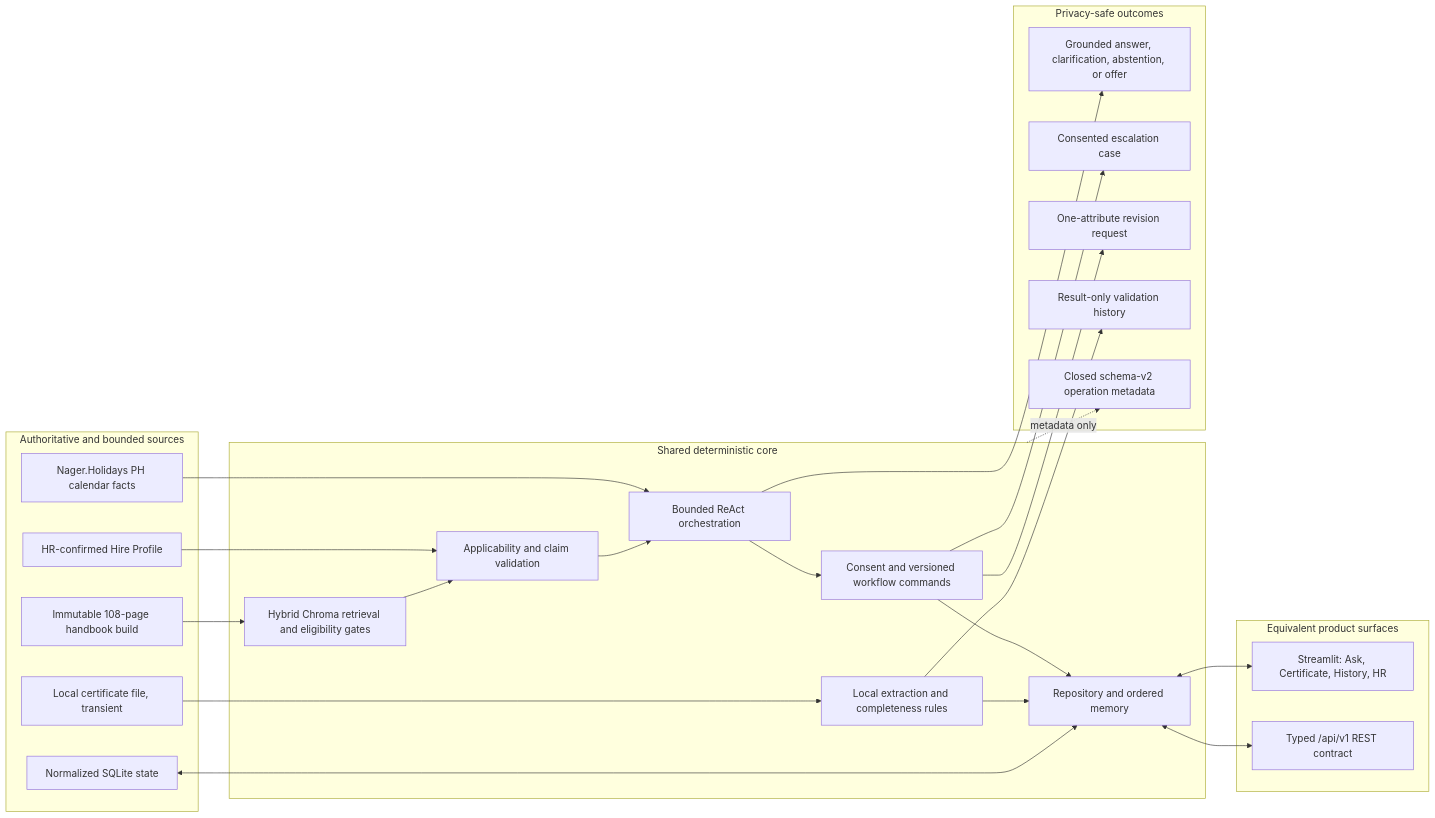
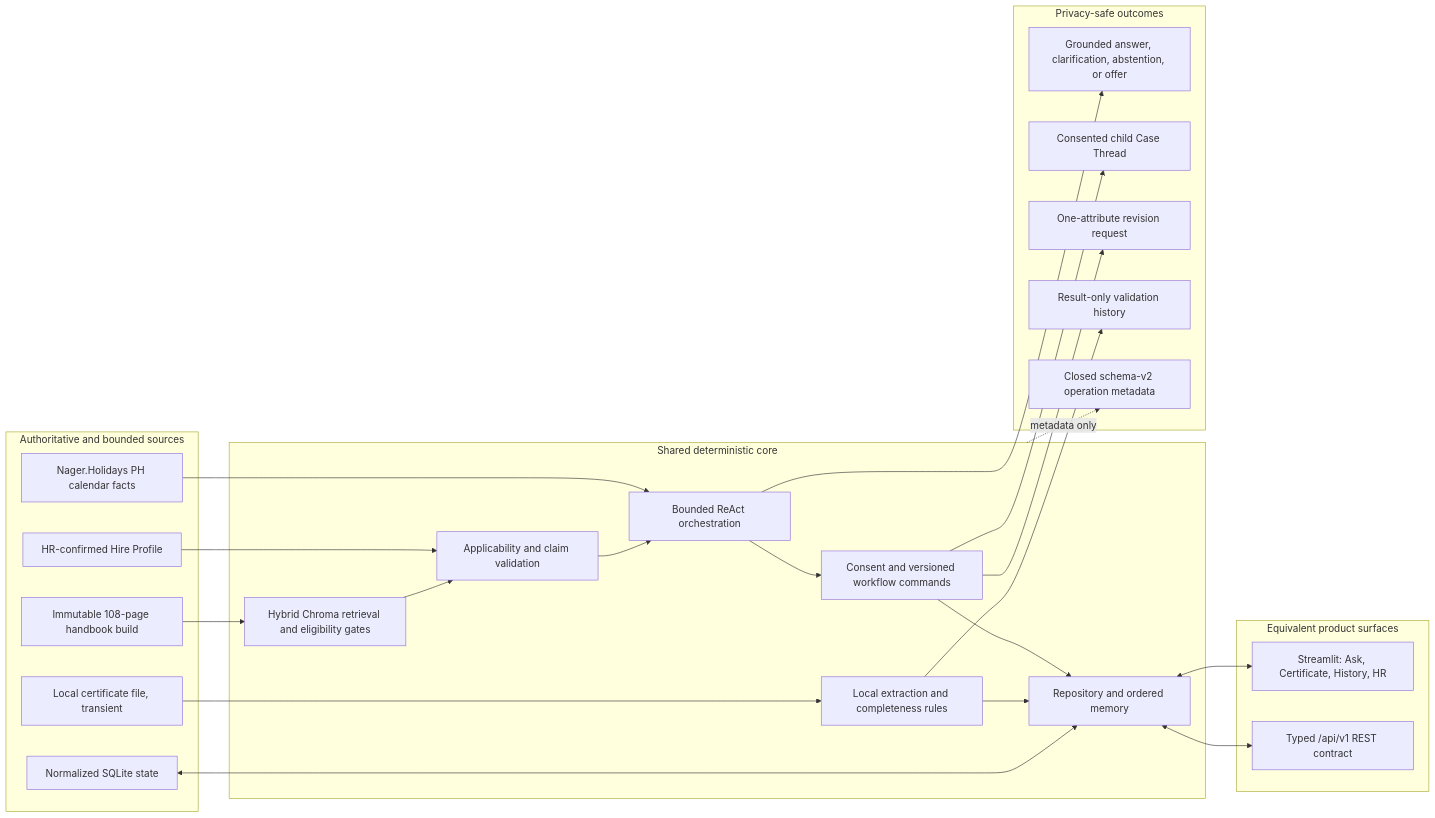
The first of 5 diagrams in docs/ARCHITECTURE_DIAGRAMS.md (Mateogas/STAI), drawn with Mermaid before and after one commit. The commit also changed other lines of this file and 28 other files, not shown here.

Commit message:
feat: add consented HR case threads

````diff
--- a/docs/ARCHITECTURE_DIAGRAMS.md
+++ b/docs/ARCHITECTURE_DIAGRAMS.md
@@ -7,46 +7,46 @@
 ```mermaid
 flowchart LR
     subgraph Sources["Authoritative and bounded sources"]
         Handbook["Immutable 108-page handbook build"]
         Profile["HR-confirmed Hire Profile"]
         State["Normalized SQLite state"]
         Nager["Nager.Holidays PH calendar facts"]
         File["Local certificate file, transient"]
     end
 
     subgraph Core["Shared deterministic core"]
         Retrieval["Hybrid Chroma retrieval and eligibility gates"]
         Policy["Applicability and claim validation"]
         Agent["Bounded ReAct orchestration"]
         Consent["Consent and versioned workflow commands"]
         Medical["Local extraction and completeness rules"]
         Repo["Repository and ordered memory"]
     end
 
     subgraph Surfaces["Equivalent product surfaces"]
         UI["Streamlit: Ask, Certificate, History, HR"]
         API["Typed /api/v1 REST contract"]
     end
 
     subgraph Outputs["Privacy-safe outcomes"]
         PolicyResult["Grounded answer, clarification, abstention, or offer"]
-        Case["Consented escalation case"]
+        Case["Consented child Case Thread"]
         Attribute["One-attribute revision request"]
         Validation["Result-only validation history"]
         Telemetry["Closed schema-v2 operation metadata"]
     end
 
     Handbook --> Retrieval --> Policy --> Agent
     Profile --> Policy
     Nager --> Agent
     State <--> Repo
     File --> Medical --> Repo
     Agent --> Consent --> Repo
     Repo <--> UI
     Repo <--> API
     Agent --> PolicyResult
     Consent --> Case
     Consent --> Attribute
     Medical --> Validation
     Core -. "metadata only" .-> Telemetry
 ```
````
